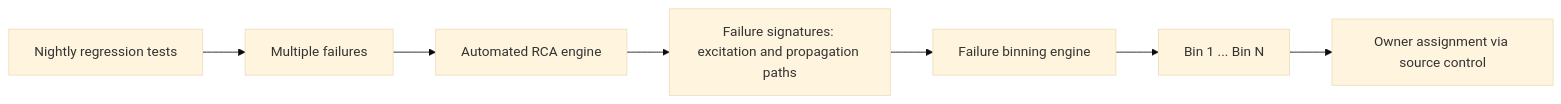
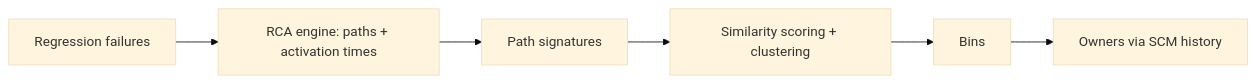
Before and after one commit to nemo99007/yt-paper: the diagram in docs/papers/ref-20261018-aa99-failure-triage-the-neglected-debugging-problem.md, drawn with Mermaid (base theme). The commit also changed other lines of this file and 172 other files, not shown here.

````diff
--- a/docs/papers/ref-20261018-aa99-failure-triage-the-neglected-debugging-problem.md
+++ b/docs/papers/ref-20261018-aa99-failure-triage-the-neglected-debugging-problem.md
@@ -186,9 +198,8 @@
 ```mermaid
 flowchart LR
-    A[Nightly regression tests] --> B[Multiple failures]
-    B --> C[Automated RCA engine]
-    C --> D[Failure signatures: excitation and propagation paths]
-    D --> E[Failure binning engine]
-    E --> F[Bin 1 ... Bin N]
-    F --> G[Owner assignment via source control]
+  A[Regression failures] --> B[RCA engine: paths + activation times]
+  B --> C[Path signatures]
+  C --> D[Similarity scoring + clustering]
+  D --> E[Bins]
+  E --> F[Owners via SCM history]
 ```
````
